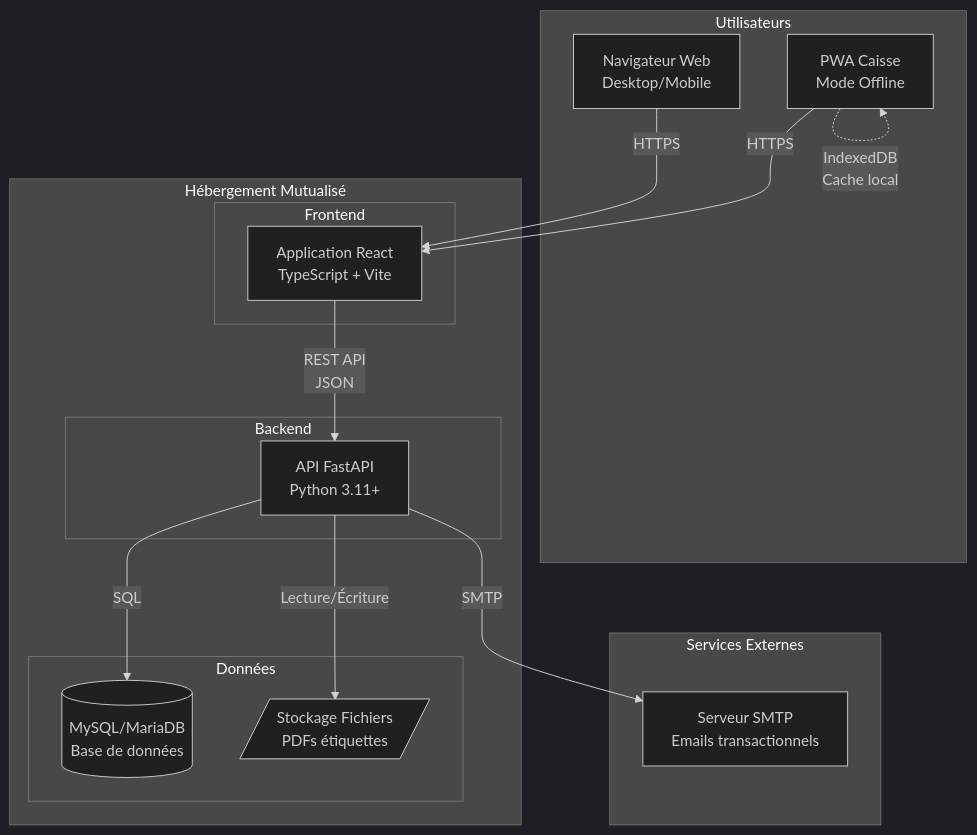
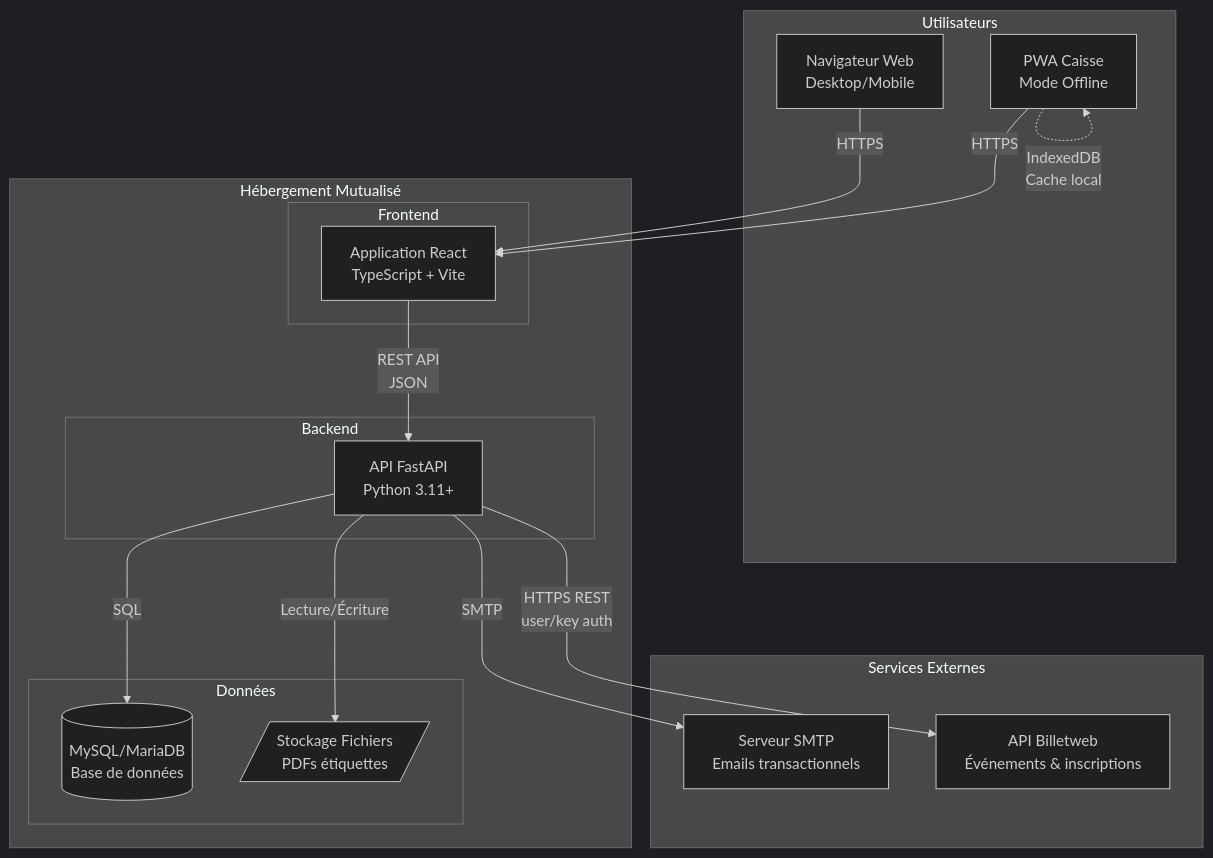
One commit to ALPE-Plaisance-du-Touch/Gestionnaire-de-Bourse-ALPE changed the second of 6 diagrams in docs/architecture.md. Above: the diagram before and after it, drawn with Mermaid (dark theme). The commit also changed other lines of this file and 2 other files, not shown here.

Commit message:
docs: add US-012 Billetweb API integration specs
- Add US-012 (synchronize registrations via Billetweb API) with
  16 acceptance criteria covering: API key configuration (admin only),
  edition creation from events, slot sync from sessions, incremental
  attendee import
- Add REQ-F-020 (API key configuration) and REQ-F-021 (API sync)
- Update architecture.md C4 diagrams with Billetweb API integration
- Update US-008 to reference US-012 as automated alternative
- Update US-006 to mention Billetweb pre-fill option

````diff
--- a/docs/architecture.md
+++ b/docs/architecture.md
@@ -73,35 +74,37 @@
 ```mermaid
 flowchart TB
     subgraph Utilisateurs
         Browser[Navigateur Web<br/>Desktop/Mobile]
         PWA[PWA Caisse<br/>Mode Offline]
     end
 
     subgraph "Hébergement Mutualisé"
         subgraph Frontend
             React[Application React<br/>TypeScript + Vite]
         end
 
         subgraph Backend
             API[API FastAPI<br/>Python 3.11+]
         end
 
         subgraph Données
             MySQL[(MySQL/MariaDB<br/>Base de données)]
             Files[/Stockage Fichiers<br/>PDFs étiquettes/]
         end
     end
 
     subgraph Services Externes
         SMTP[Serveur SMTP<br/>Emails transactionnels]
+        BilletwebAPI[API Billetweb<br/>Événements & inscriptions]
     end
 
     Browser -->|HTTPS| React
     PWA -->|HTTPS| React
     React -->|REST API<br/>JSON| API
     API -->|SQL| MySQL
     API -->|Lecture/Écriture| Files
     API -->|SMTP| SMTP
+    API -->|HTTPS REST<br/>user/key auth| BilletwebAPI
 
     PWA -.->|IndexedDB<br/>Cache local| PWA
 ```
````
